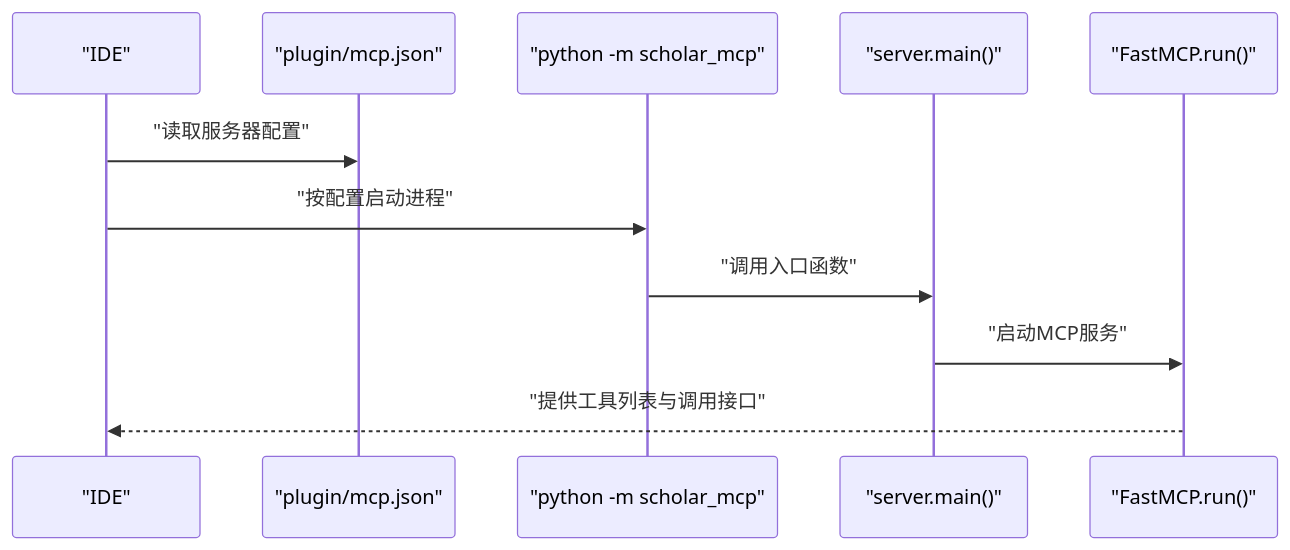
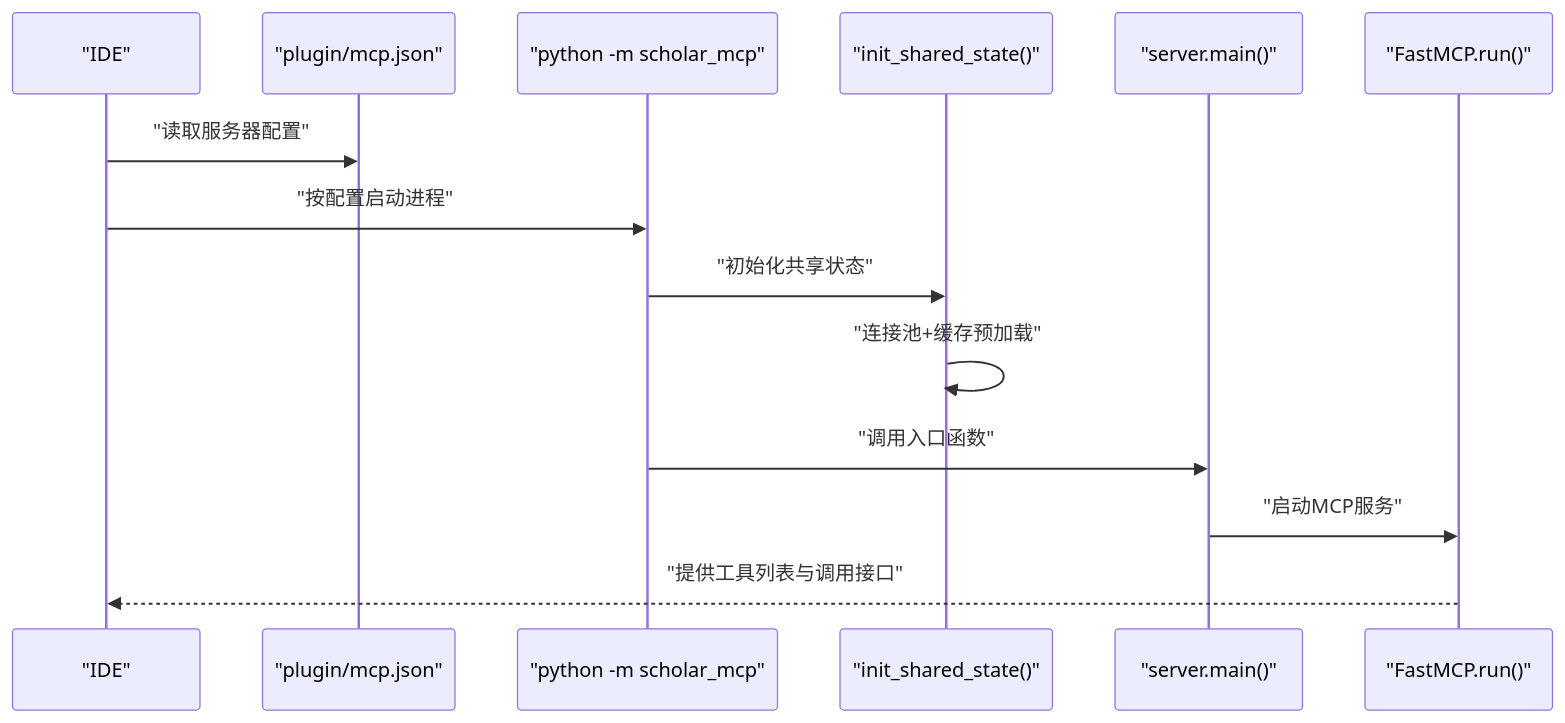
The sixth of 7 diagrams in .qoder/repowiki/zh/content/MCP服务系统/MCP服务器架构.md (1173591564/academic-based-qoder), drawn with Mermaid before and after one commit. The commit also changed other lines of this file and 80 other files, not shown here.

````diff
--- a/.qoder/repowiki/zh/content/MCP服务系统/MCP服务器架构.md
+++ b/.qoder/repowiki/zh/content/MCP服务系统/MCP服务器架构.md
@@ -231,13 +270,16 @@
 ```mermaid
 sequenceDiagram
 participant IDE as "IDE"
 participant MCPJSON as "plugin/mcp.json"
 participant Py as "python -m scholar_mcp"
+participant Init as "init_shared_state()"
 participant Srv as "server.main()"
 participant M as "FastMCP.run()"
 IDE->>MCPJSON : "读取服务器配置"
 IDE->>Py : "按配置启动进程"
+Py->>Init : "初始化共享状态"
+Init->>Init : "连接池+缓存预加载"
 Py->>Srv : "调用入口函数"
 Srv->>M : "启动MCP服务"
 M-->>IDE : "提供工具列表与调用接口"
 ```
````
